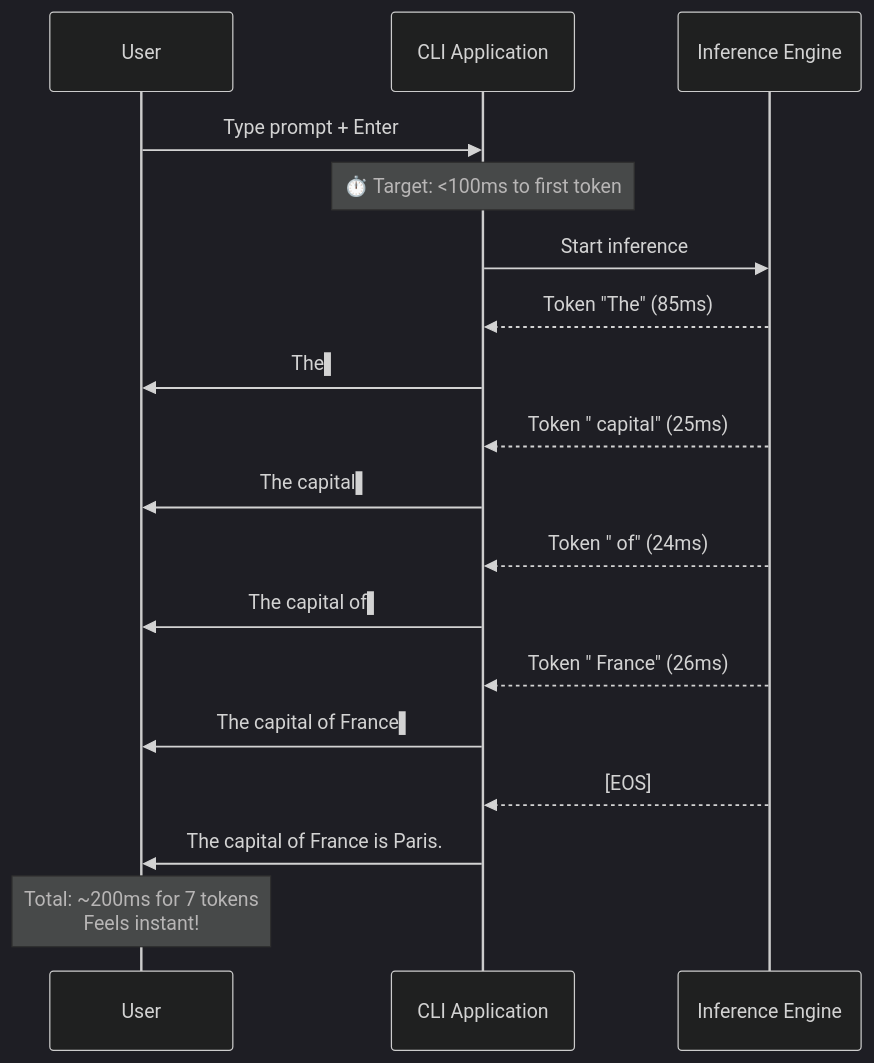
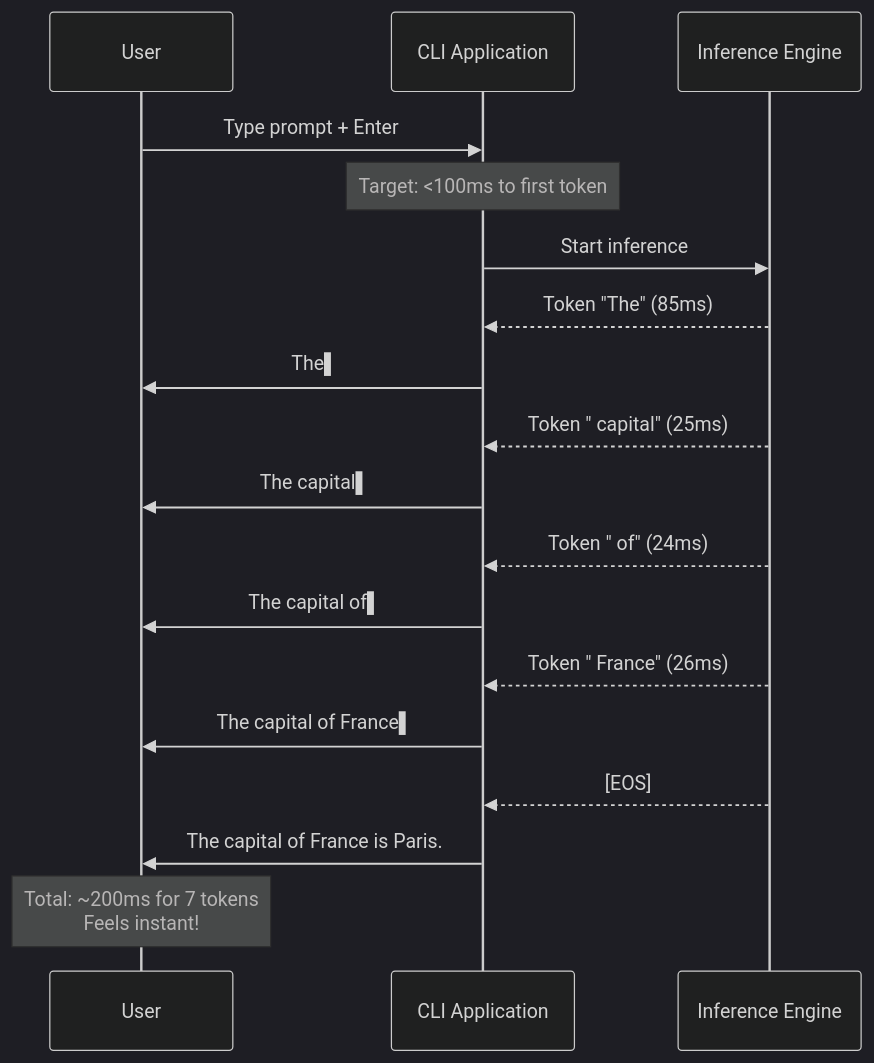
Before and after one commit to ch09/Low_Latency_Inference_optimization_LLM-LL_LLM-: diagram 22 of 25 in docs/project_documentation.md, drawn with Mermaid (dark theme). The commit also changed other lines of this file and 1 other file, not shown here.

````diff
--- a/docs/project_documentation.md
+++ b/docs/project_documentation.md
@@ -730,28 +730,28 @@
 ```mermaid
 sequenceDiagram
     participant User
     participant CLI as CLI Application
     participant Engine as Inference Engine
 
     User->>CLI: Type prompt + Enter
 
-    Note over CLI: ⏱️ Target: <100ms to first token
+    Note over CLI: Target: <100ms to first token
 
     CLI->>Engine: Start inference
     Engine-->>CLI: Token "The" (85ms)
     CLI->>User: The▌
 
     Engine-->>CLI: Token " capital" (25ms)
     CLI->>User: The capital▌
 
     Engine-->>CLI: Token " of" (24ms)
     CLI->>User: The capital of▌
 
     Engine-->>CLI: Token " France" (26ms)
     CLI->>User: The capital of France▌
 
     Engine-->>CLI: [EOS]
     CLI->>User: The capital of France is Paris.
 
     Note over User: Total: ~200ms for 7 tokens<br/>Feels instant!
 ```
````
